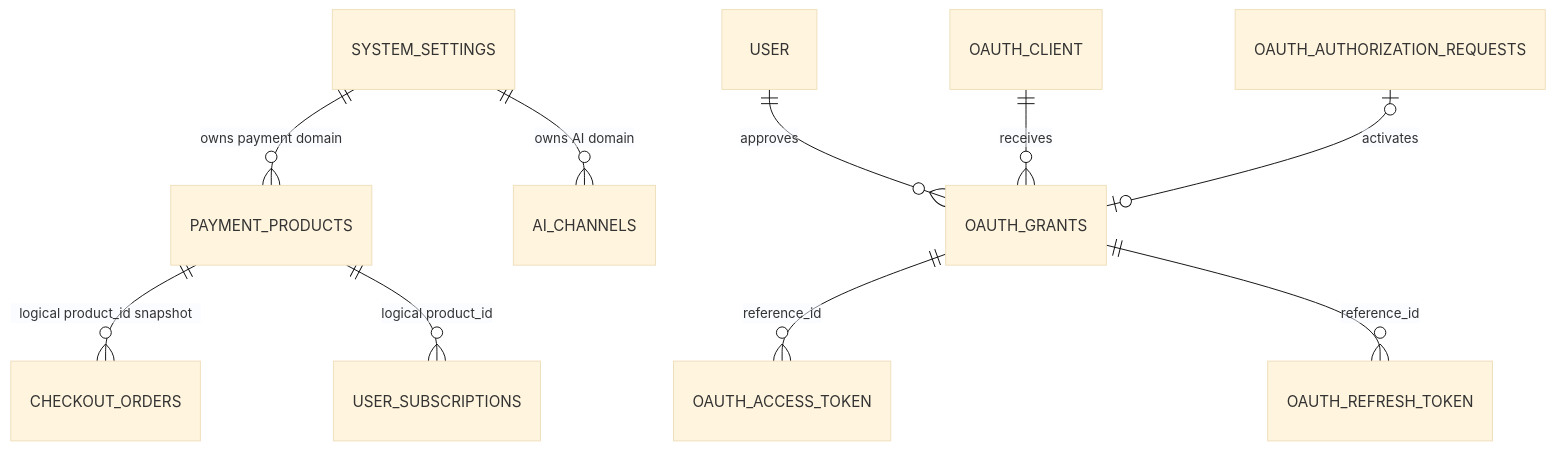
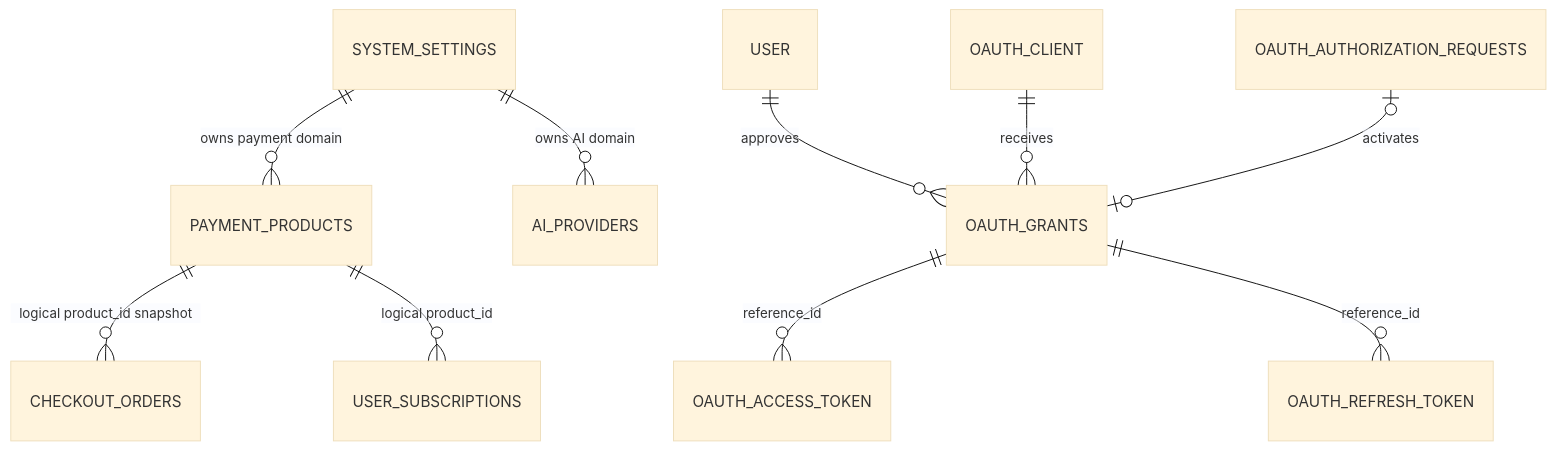
Diagram 11 of 11 in docs/v025/tech-design.md (glidea/opcstack), drawn with Mermaid (base theme) before and after one commit. The commit also changed other lines of this file and 113 other files, not shown here.

````diff
--- a/docs/v025/tech-design.md
+++ b/docs/v025/tech-design.md
@@ -1539,12 +1532,12 @@
 ```mermaid
 erDiagram
   SYSTEM_SETTINGS ||--o{ PAYMENT_PRODUCTS : "owns payment domain"
-  SYSTEM_SETTINGS ||--o{ AI_CHANNELS : "owns AI domain"
+  SYSTEM_SETTINGS ||--o{ AI_PROVIDERS : "owns AI domain"
   USER ||--o{ OAUTH_GRANTS : approves
   OAUTH_CLIENT ||--o{ OAUTH_GRANTS : receives
   OAUTH_AUTHORIZATION_REQUESTS o|--o| OAUTH_GRANTS : activates
   OAUTH_GRANTS ||--o{ OAUTH_ACCESS_TOKEN : "reference_id"
   OAUTH_GRANTS ||--o{ OAUTH_REFRESH_TOKEN : "reference_id"
   PAYMENT_PRODUCTS ||--o{ CHECKOUT_ORDERS : "logical product_id snapshot"
   PAYMENT_PRODUCTS ||--o{ USER_SUBSCRIPTIONS : "logical product_id"
 ```
````
